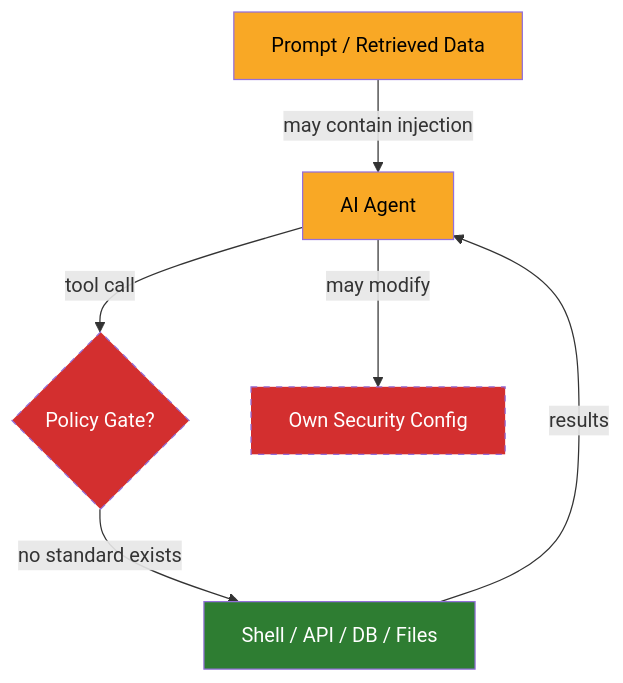
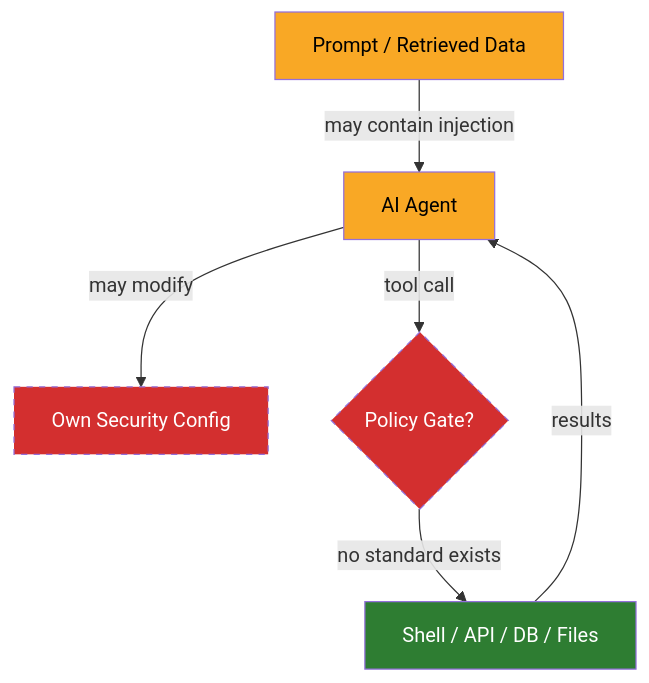
Before and after one commit to bdauer/working-with-machines: the second of 3 diagrams in security-gaps.md, drawn with Mermaid.

Commit message:
Fix gaps diagram flow direction to clockwise
Reordered node declarations so the main loop (Agent -> Gate -> Tools
-> Agent) flows clockwise. Prompt injection feeds from top, self-
modification branches left.

````diff
--- a/security-gaps.md
+++ b/security-gaps.md
@@ -41,12 +41,12 @@
 ```mermaid
 flowchart TB
-    Agent[AI Agent]:::warning -->|"tool call"| Gate{Policy Gate?}:::threat
+    Prompt[Prompt / Retrieved Data]:::warning -->|"may contain injection"| Agent[AI Agent]:::warning
+    Agent -->|"may modify"| Config[Own Security Config]:::threat
+    Agent -->|"tool call"| Gate{Policy Gate?}:::threat
     Gate -->|"no standard exists"| Tools[Shell / API / DB / Files]:::safe
     Tools -->|"results"| Agent
-    Prompt[Prompt / Retrieved Data]:::warning -->|"may contain injection"| Agent
-    Agent -->|"may modify"| Config[Own Security Config]:::threat
 
     classDef threat fill:#d32f2f,color:#fff,stroke-dasharray: 5 5
     classDef safe fill:#2e7d32,color:#fff
     classDef warning fill:#f9a825,color:#000
 ```
````
